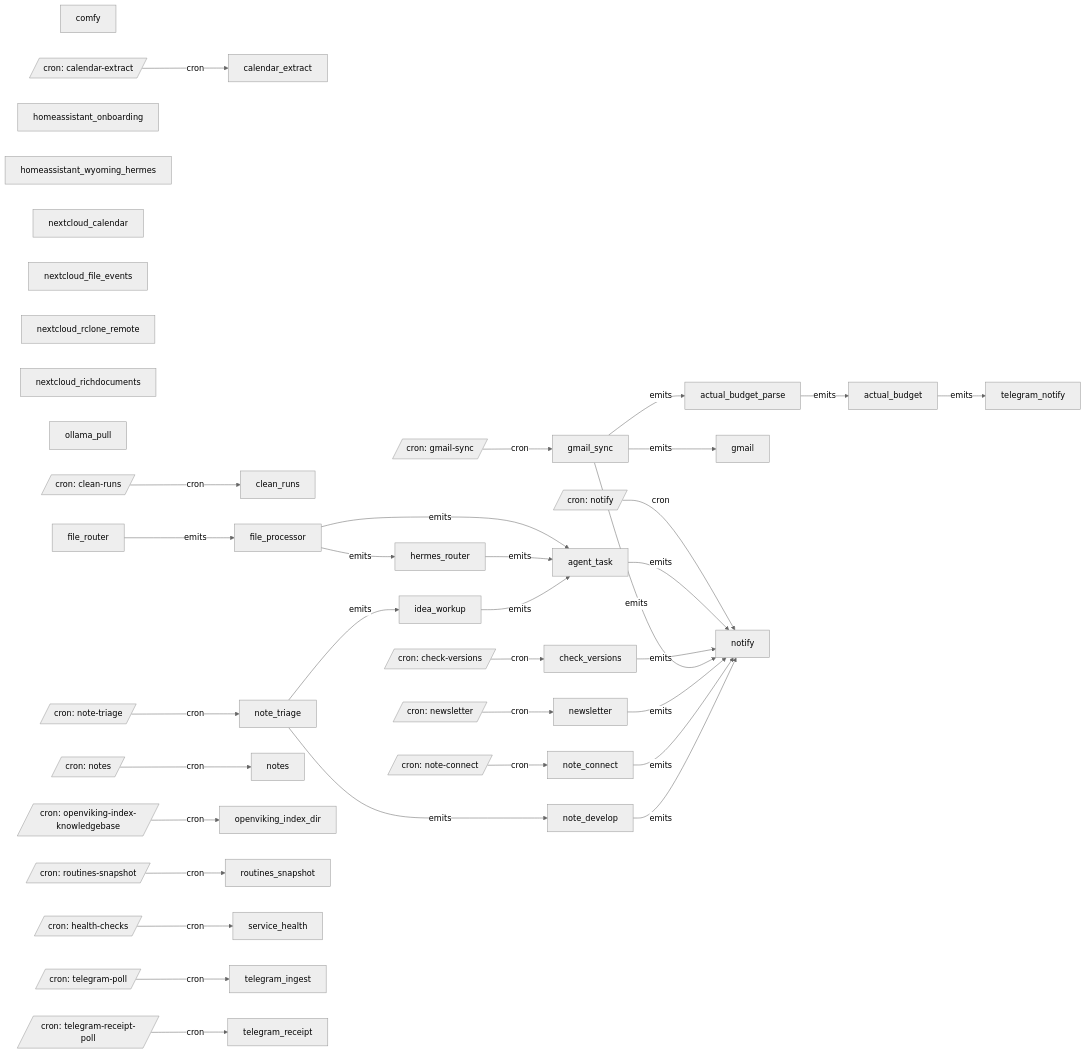
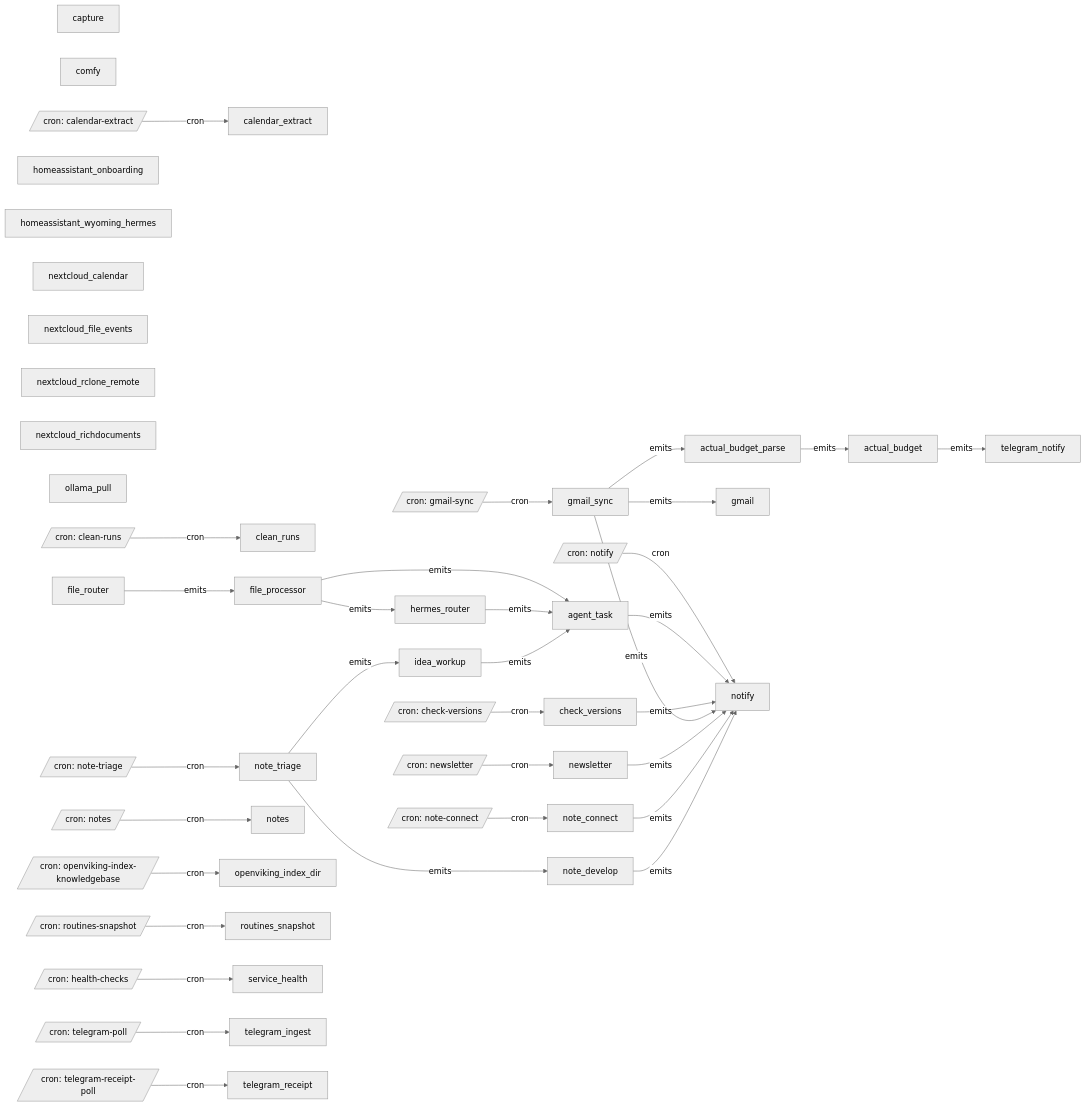
The diagram in automation/graph/system.md (jtmckay/existential), drawn with Mermaid (neutral theme) before and after one commit. The commit also changed other lines of this file and 20 other files, not shown here.

````diff
--- a/automation/graph/system.md
+++ b/automation/graph/system.md
@@ -38,80 +39,81 @@
 ```mermaid
 flowchart LR
     actual_budget["actual_budget"]
     actual_budget_parse["actual_budget_parse"]
     agent_task["agent_task"]
     calendar_extract["calendar_extract"]
+    capture["capture"]
     check_versions["check_versions"]
     clean_runs["clean_runs"]
     comfy["comfy"]
     file_processor["file_processor"]
     file_router["file_router"]
     gmail["gmail"]
     gmail_sync["gmail_sync"]
     hermes_router["hermes_router"]
     homeassistant_onboarding["homeassistant_onboarding"]
     homeassistant_wyoming_hermes["homeassistant_wyoming_hermes"]
     idea_workup["idea_workup"]
     newsletter["newsletter"]
     nextcloud_calendar["nextcloud_calendar"]
     nextcloud_file_events["nextcloud_file_events"]
     nextcloud_rclone_remote["nextcloud_rclone_remote"]
     nextcloud_richdocuments["nextcloud_richdocuments"]
     note_connect["note_connect"]
     note_develop["note_develop"]
     note_triage["note_triage"]
     notes["notes"]
     notify["notify"]
     ollama_pull["ollama_pull"]
     openviking_index_dir["openviking_index_dir"]
     routines_snapshot["routines_snapshot"]
     service_health["service_health"]
     telegram_ingest["telegram_ingest"]
     telegram_notify["telegram_notify"]
     telegram_receipt["telegram_receipt"]
     cron__calendar_extract[/"cron: calendar-extract"/]
     cron__check_versions[/"cron: check-versions"/]
     cron__clean_runs[/"cron: clean-runs"/]
     cron__gmail_sync[/"cron: gmail-sync"/]
     cron__health_checks[/"cron: health-checks"/]
     cron__newsletter[/"cron: newsletter"/]
     cron__note_connect[/"cron: note-connect"/]
     cron__note_triage[/"cron: note-triage"/]
     cron__notes[/"cron: notes"/]
     cron__notify[/"cron: notify"/]
     cron__openviking_index_knowledgebase[/"cron: openviking-index-knowledgebase"/]
     cron__routines_snapshot[/"cron: routines-snapshot"/]
     cron__telegram_poll[/"cron: telegram-poll"/]
     cron__telegram_receipt_poll[/"cron: telegram-receipt-poll"/]
     cron__calendar_extract -->|cron| calendar_extract
     cron__check_versions -->|cron| check_versions
     cron__clean_runs -->|cron| clean_runs
     cron__gmail_sync -->|cron| gmail_sync
     cron__health_checks -->|cron| service_health
     cron__newsletter -->|cron| newsletter
     cron__note_connect -->|cron| note_connect
     cron__note_triage -->|cron| note_triage
     cron__notes -->|cron| notes
     cron__notify -->|cron| notify
     cron__openviking_index_knowledgebase -->|cron| openviking_index_dir
     cron__routines_snapshot -->|cron| routines_snapshot
     cron__telegram_poll -->|cron| telegram_ingest
     cron__telegram_receipt_poll -->|cron| telegram_receipt
     actual_budget -->|emits| telegram_notify
     actual_budget_parse -->|emits| actual_budget
     agent_task -->|emits| notify
     check_versions -->|emits| notify
     file_processor -->|emits| agent_task
     file_processor -->|emits| hermes_router
     file_router -->|emits| file_processor
     gmail_sync -->|emits| actual_budget_parse
     gmail_sync -->|emits| gmail
     gmail_sync -->|emits| notify
     hermes_router -->|emits| agent_task
     idea_workup -->|emits| agent_task
     newsletter -->|emits| notify
     note_connect -->|emits| notify
     note_develop -->|emits| notify
     note_triage -->|emits| idea_workup
     note_triage -->|emits| note_develop
 ```
````
